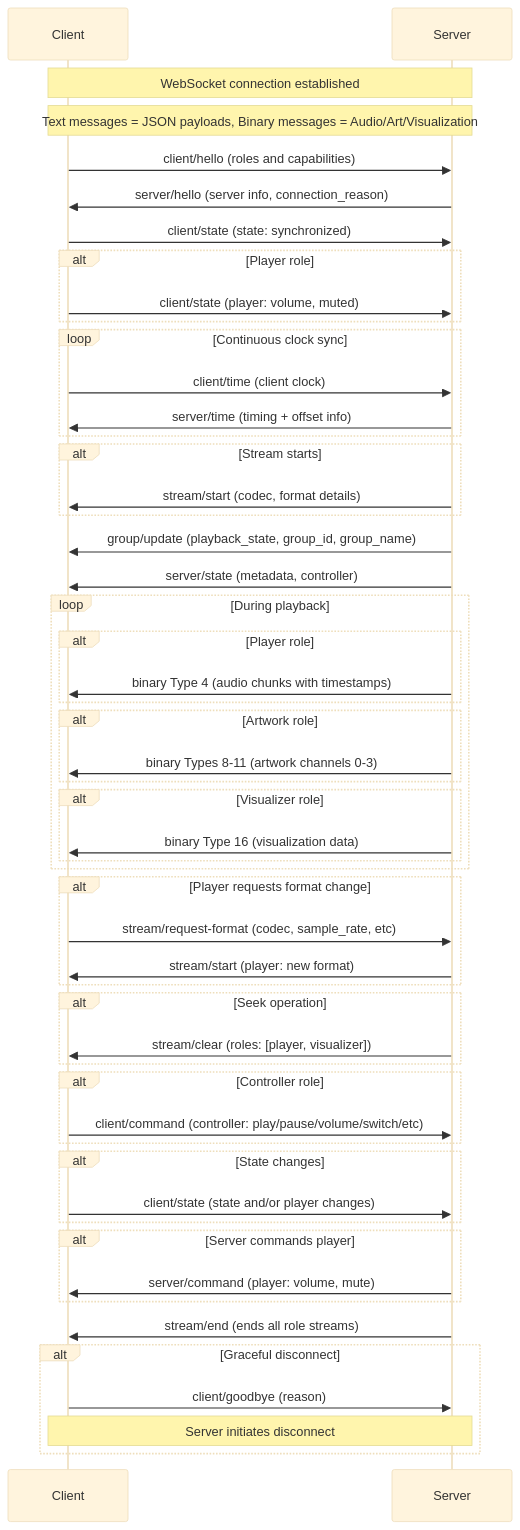
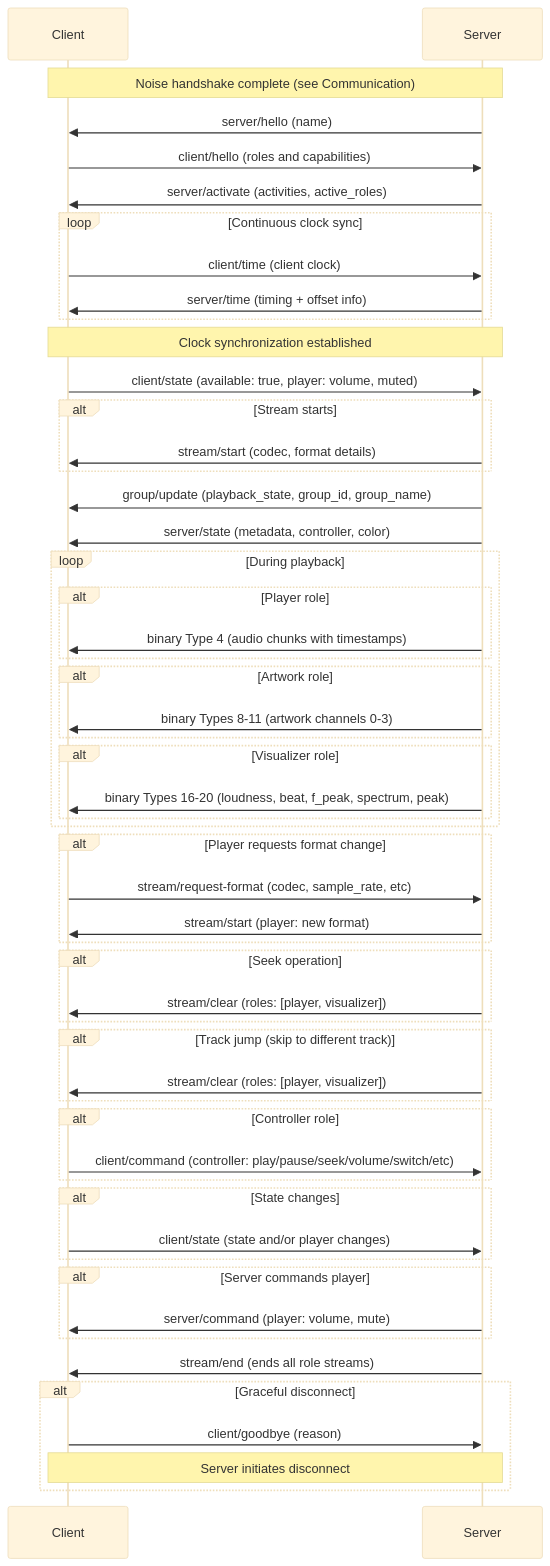
One commit to Sendspin/sendspin-audio.com changed the first of 4 diagrams in src/spec.md. Above: the diagram before and after it, drawn with Mermaid (base theme). The commit also changed other lines of this file, not shown here.

````diff
--- a/src/spec.md
+++ b/src/spec.md
@@ -186,69 +18,70 @@
 ```mermaid
 sequenceDiagram
     participant Client
     participant Server
 
-    Note over Client,Server: WebSocket connection established
+    Note over Client,Server: Noise handshake complete (see Communication)
 
-    Note over Client,Server: Text messages = JSON payloads, Binary messages = Audio/Art/Visualization
-
+    Server->>Client: server/hello (name)
     Client->>Server: client/hello (roles and capabilities)
-    Server->>Client: server/hello (server info, connection_reason)
-
-    Client->>Server: client/state (state: synchronized)
-    alt Player role
-        Client->>Server: client/state (player: volume, muted)
-    end
+    Server->>Client: server/activate (activities, active_roles)
 
     loop Continuous clock sync
         Client->>Server: client/time (client clock)
         Server->>Client: server/time (timing + offset info)
     end
 
+    Note over Client,Server: Clock synchronization established
+    Client->>Server: client/state (available: true, player: volume, muted)
+
     alt Stream starts
         Server->>Client: stream/start (codec, format details)
     end
 
     Server->>Client: group/update (playback_state, group_id, group_name)
-    Server->>Client: server/state (metadata, controller)
+    Server->>Client: server/state (metadata, controller, color)
 
     loop During playback
         alt Player role
             Server->>Client: binary Type 4 (audio chunks with timestamps)
         end
         alt Artwork role
             Server->>Client: binary Types 8-11 (artwork channels 0-3)
         end
         alt Visualizer role
-            Server->>Client: binary Type 16 (visualization data)
+            Server->>Client: binary Types 16-20 (loudness, beat, f_peak, spectrum, peak)
         end
     end
 
     alt Player requests format change
         Client->>Server: stream/request-format (codec, sample_rate, etc)
         Server->>Client: stream/start (player: new format)
     end
 
     alt Seek operation
         Server->>Client: stream/clear (roles: [player, visualizer])
     end
 
+    alt Track jump (skip to different track)
+        Server->>Client: stream/clear (roles: [player, visualizer])
+    end
+
     alt Controller role
-        Client->>Server: client/command (controller: play/pause/volume/switch/etc)
+        Client->>Server: client/command (controller: play/pause/seek/volume/switch/etc)
     end
 
     alt State changes
         Client->>Server: client/state (state and/or player changes)
     end
 
     alt Server commands player
         Server->>Client: server/command (player: volume, mute)
     end
 
     Server->>Client: stream/end (ends all role streams)
 
     alt Graceful disconnect
         Client->>Server: client/goodbye (reason)
         Note over Client,Server: Server initiates disconnect
     end
 ```
````
